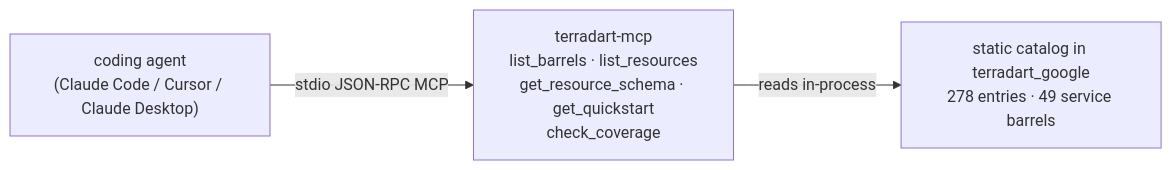
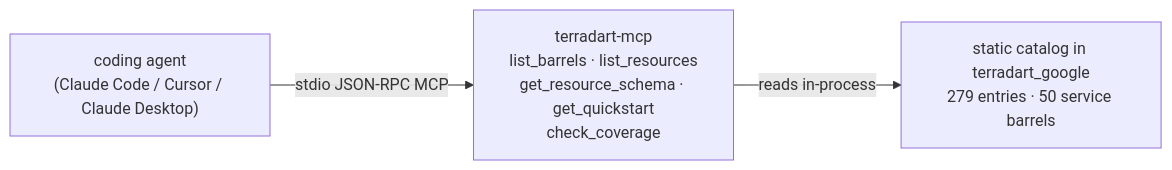
Before and after one commit to nozomi-koborinai/terradart: the diagram in website/src/content/docs/docs/agent/index.md, drawn with Mermaid. The commit also changed other lines of this file and 22 other files, not shown here.

````diff
--- a/website/src/content/docs/docs/agent/index.md
+++ b/website/src/content/docs/docs/agent/index.md
@@ -12,8 +12,8 @@
 ```mermaid
 graph LR
   agent["coding agent<br/>(Claude Code / Cursor / Claude Desktop)"]
   mcp["terradart-mcp<br/>list_barrels · list_resources<br/>get_resource_schema · get_quickstart<br/>check_coverage"]
-  catalog["static catalog in terradart_google<br/>278 entries · 49 service barrels"]
+  catalog["static catalog in terradart_google<br/>279 entries · 50 service barrels"]
   agent -->|stdio JSON-RPC MCP| mcp
   mcp -->|reads in-process| catalog
 ```
````
